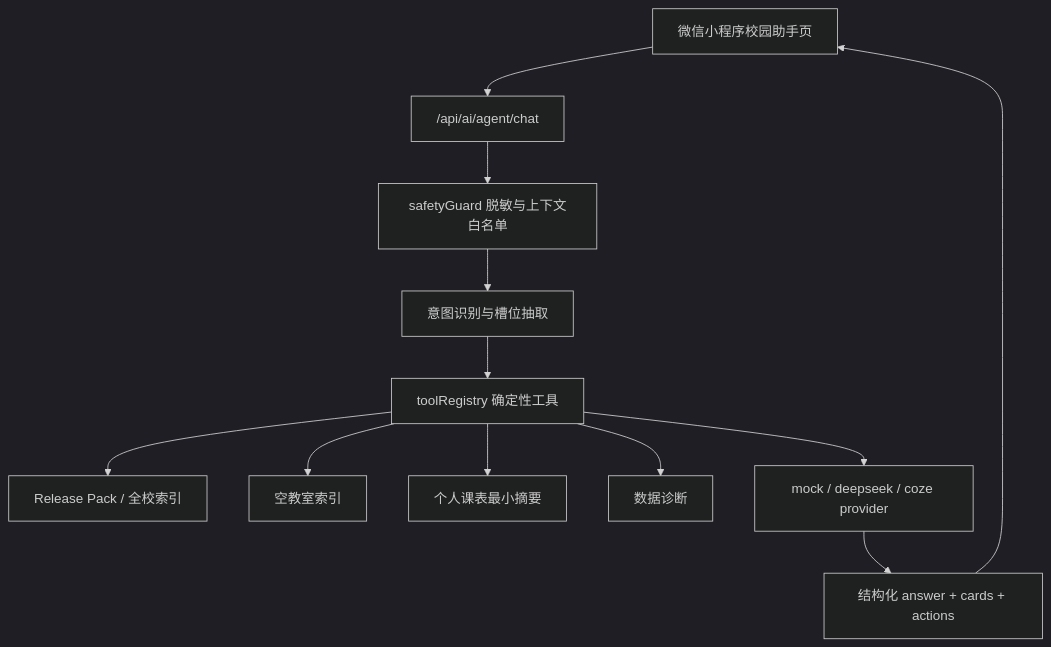
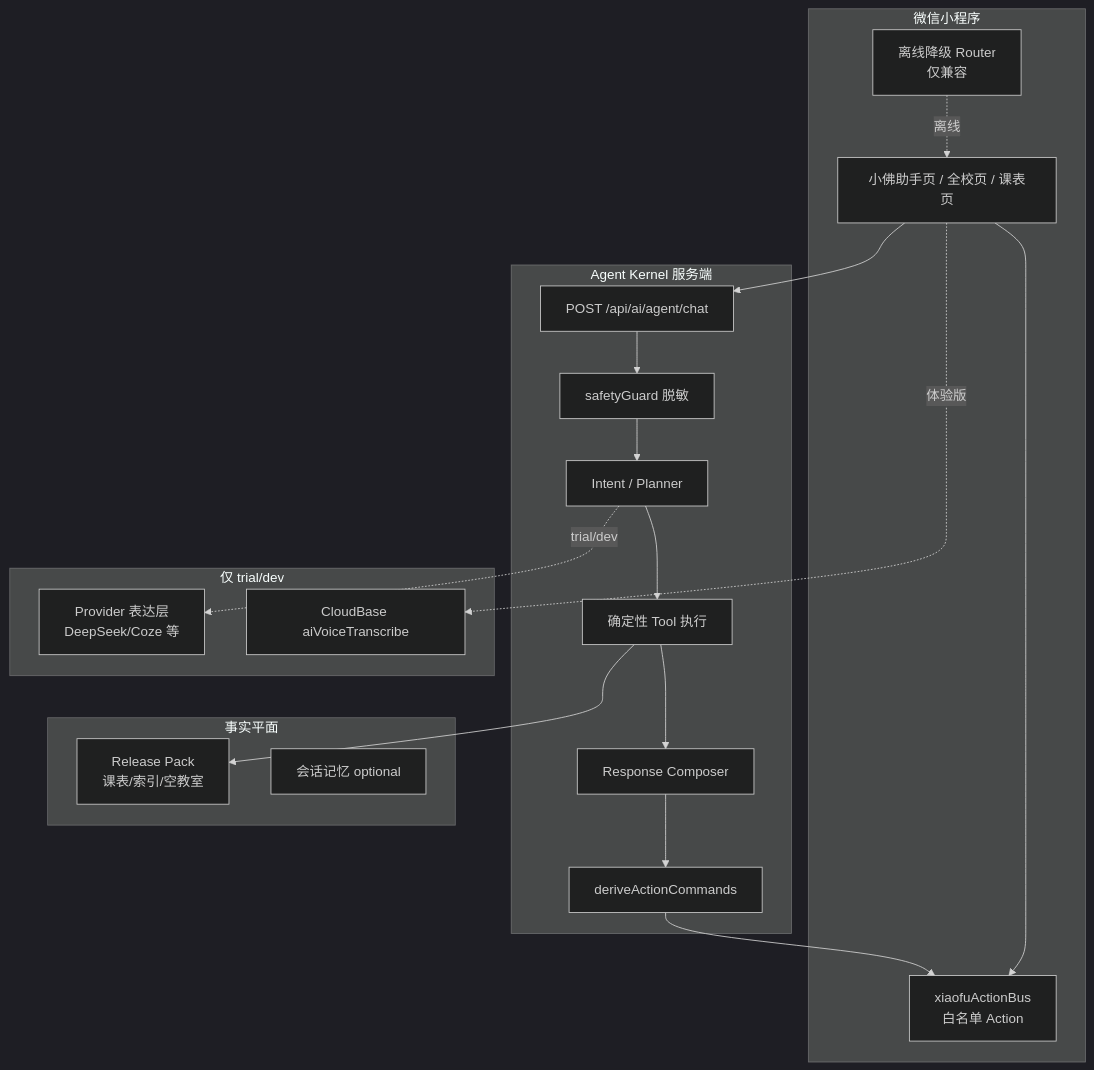
Before and after one commit to katelya77/FosuClass: the diagram in docs/competition-2026-agent-design.md, drawn with Mermaid (dark theme). The commit also changed other lines of this file and 25 other files, not shown here.

First line of the commit message:
fix(xiaofu): remove composer overlay blank and unpoison teacher index cache

````diff
--- a/docs/competition-2026-agent-design.md
+++ b/docs/competition-2026-agent-design.md
@@ -21,14 +44,38 @@
 ```mermaid
-flowchart TD
-  A["微信小程序校园助手页"] --> B["/api/ai/agent/chat"]
-  B --> C["safetyGuard 脱敏与上下文白名单"]
-  C --> D["意图识别与槽位抽取"]
-  D --> E["toolRegistry 确定性工具"]
-  E --> F["Release Pack / 全校索引"]
-  E --> G["空教室索引"]
-  E --> H["个人课表最小摘要"]
-  E --> I["数据诊断"]
-  E --> J["mock / deepseek / coze provider"]
-  J --> K["结构化 answer + cards + actions"]
-  K --> A
+flowchart TB
+  subgraph Client["微信小程序"]
+    UI["小佛助手页 / 全校页 / 课表页"]
+    Bus["xiaofuActionBus<br/>白名单 Action"]
+    Local["离线降级 Router<br/>仅兼容"]
+  end
+
+  subgraph Server["Agent Kernel 服务端"]
+    Chat["POST /api/ai/agent/chat"]
+    Safety["safetyGuard 脱敏"]
+    Intent["Intent / Planner"]
+    Tools["确定性 Tool 执行"]
+    Compose["Response Composer"]
+    Actions["deriveActionCommands"]
+  end
+
+  subgraph Data["事实平面"]
+    RP["Release Pack<br/>课表/索引/空教室"]
+    Mem["会话记忆 optional"]
+  end
+
+  subgraph Optional["仅 trial/dev"]
+    Prov["Provider 表达层<br/>DeepSeek/Coze 等"]
+    ASR["CloudBase aiVoiceTranscribe"]
+  end
+
+  UI --> Chat
+  UI --> Bus
+  Chat --> Safety --> Intent --> Tools
+  Tools --> RP
+  Tools --> Compose
+  Compose --> Actions
+  Actions --> Bus
+  Intent -.->|trial/dev| Prov
+  UI -.->|体验版| ASR
+  Local -.->|离线| UI
 ```
````
